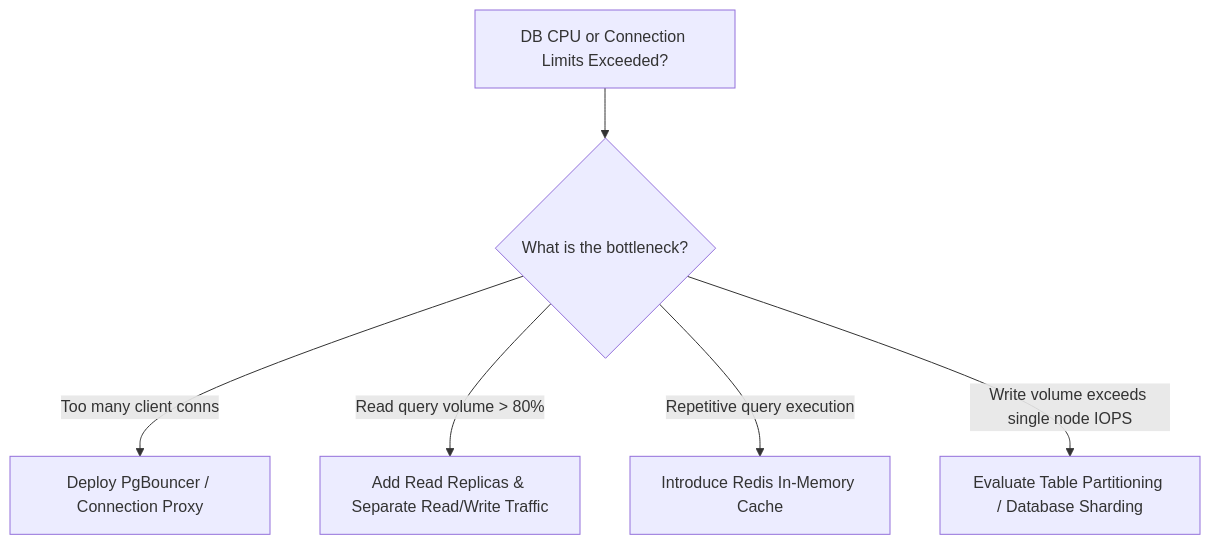
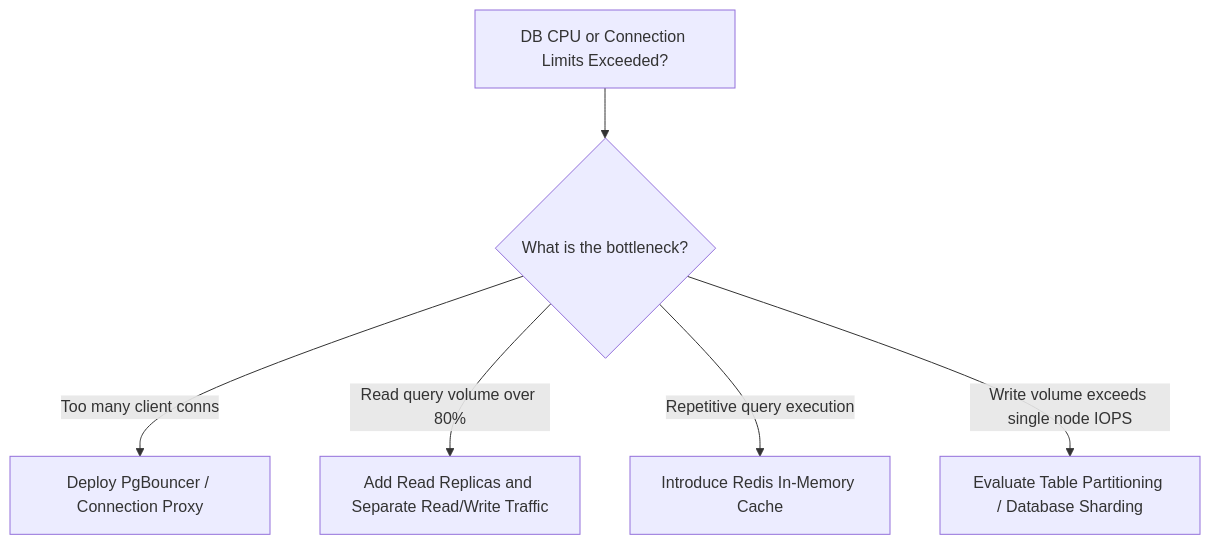
One commit to userhimanshuverma/30_Days_of_Building_Systems_That_Scale changed the fifth of 5 diagrams in days/phase-2-database-becomes-the-problem/day-06-app-scales-db-doesnt/README.md. Above: the diagram before and after it, drawn with Mermaid. The commit also changed other lines of this file and 1 other file, not shown here.

Commit message:
fix(docs): refactor Mermaid diagrams for strict GitHub rendering compatibility

````diff
--- a/days/phase-2-database-becomes-the-problem/day-06-app-scales-db-doesnt/README.md
+++ b/days/phase-2-database-becomes-the-problem/day-06-app-scales-db-doesnt/README.md
@@ -358,8 +360,8 @@
 ```mermaid
 flowchart TD
     A["DB CPU or Connection Limits Exceeded?"] --> B{"What is the bottleneck?"}
-    B -->|"Too many client conns"| C["Deploy PgBouncer / Connection Proxy"]
-    B -->|"Read query volume > 80%"| D["Add Read Replicas & Separate Read/Write Traffic"]
-    B -->|"Repetitive query execution"| E["Introduce Redis In-Memory Cache"]
-    B -->|"Write volume exceeds single node IOPS"| F["Evaluate Table Partitioning / Database Sharding"]
+    B -->|Too many client conns| C["Deploy PgBouncer / Connection Proxy"]
+    B -->|Read query volume over 80%| D["Add Read Replicas and Separate Read/Write Traffic"]
+    B -->|Repetitive query execution| E["Introduce Redis In-Memory Cache"]
+    B -->|Write volume exceeds single node IOPS| F["Evaluate Table Partitioning / Database Sharding"]
 ```
````
